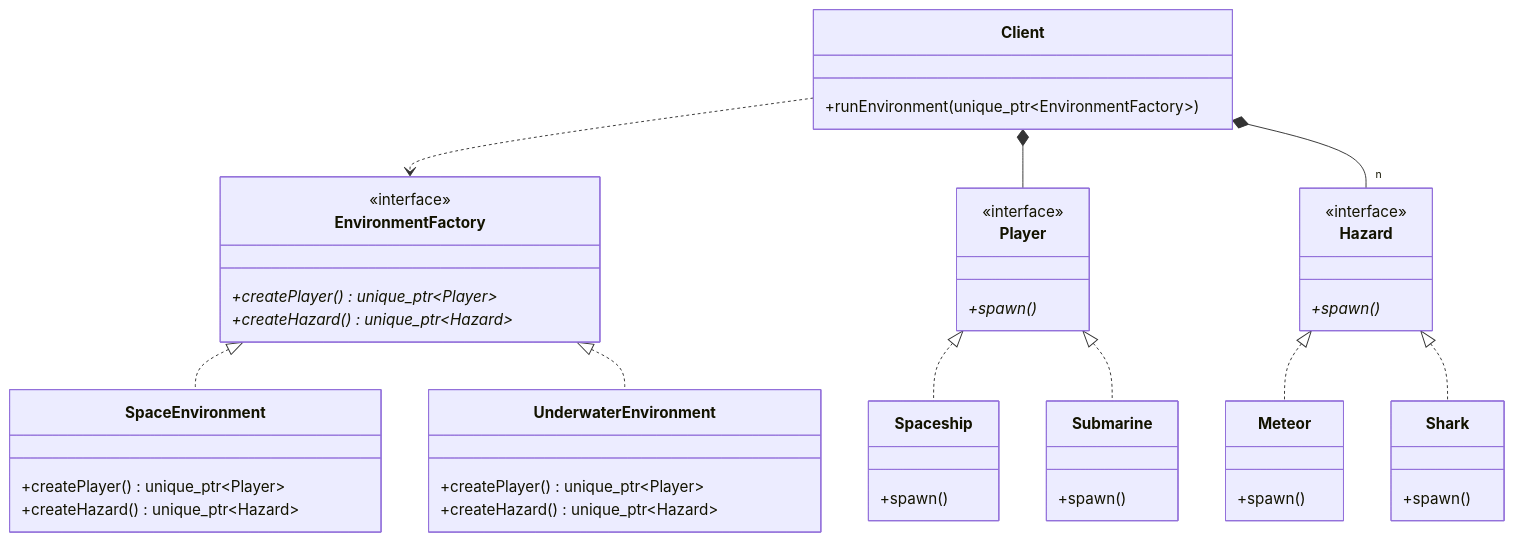
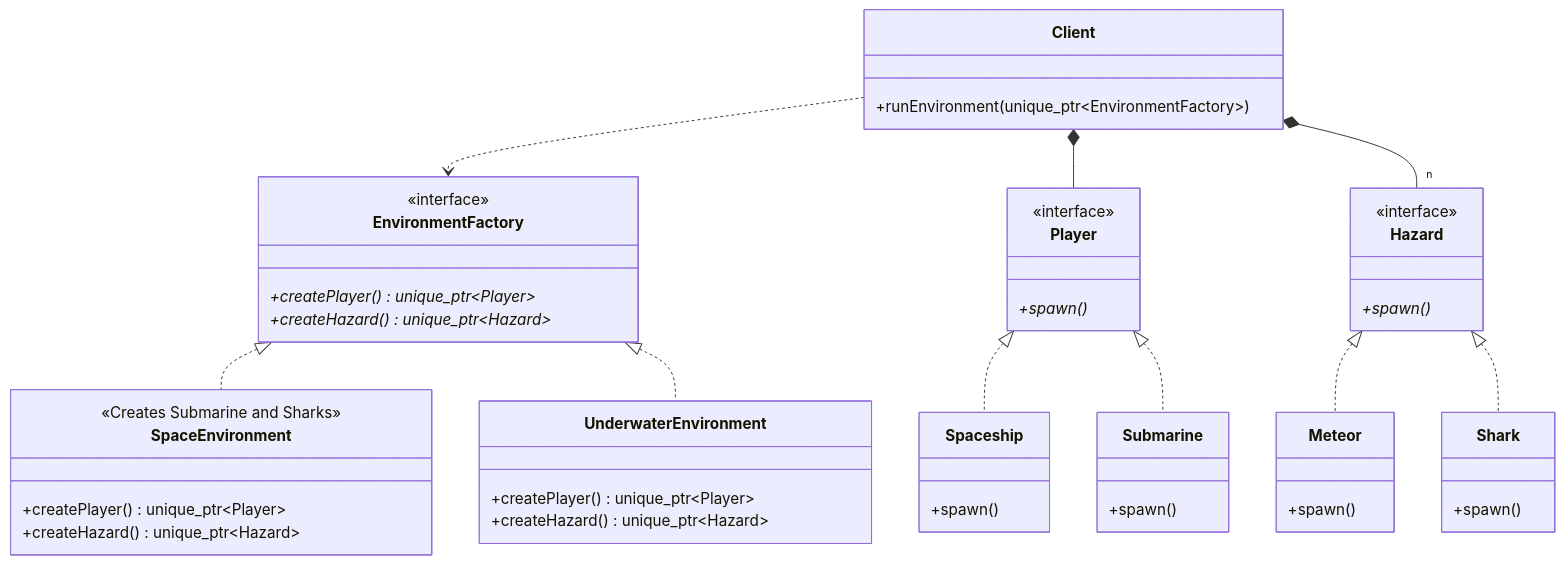
One commit to Cichlidfishexigency721/Modern-CPP-Design-Patterns changed the diagram in 03_AbstractFactoryMethod/README.md. Above: the diagram before and after it, drawn with Mermaid. The commit also changed 1 other file, not shown here.

Commit message:
UML improvement

````diff
--- a/03_AbstractFactoryMethod/README.md
+++ b/03_AbstractFactoryMethod/README.md
@@ -46,57 +46,58 @@
 ```mermaid
 classDiagram
     class Player {
         <<interface>>
         +spawn()*
     }
     class Hazard {
         <<interface>>
         +spawn()*
     }
 
     class Spaceship { +spawn() }
     class Meteor { +spawn() }
     class Submarine { +spawn() }
     class Shark { +spawn() }
 
     class EnvironmentFactory {
         <<interface>>
         +createPlayer()* unique_ptr~Player~
         +createHazard()* unique_ptr~Hazard~
     }
 
     class SpaceEnvironment {
+        <<Creates Submarine and Sharks>>
         +createPlayer() unique_ptr~Player~
         +createHazard() unique_ptr~Hazard~
     }
 
     class UnderwaterEnvironment {
         +createPlayer() unique_ptr~Player~
         +createHazard() unique_ptr~Hazard~
     }
 
     class Client {
         +runEnvironment(unique_ptr~EnvironmentFactory~)
     }
 
     %% Inheritance Relationships
     Player <|.. Spaceship
     Player <|.. Submarine
     Hazard <|.. Meteor
     Hazard <|.. Shark
 
     EnvironmentFactory <|.. SpaceEnvironment
     EnvironmentFactory <|.. UnderwaterEnvironment
 
     %% Creation Dependencies (The Families)
     %%SpaceEnvironment ..> Spaceship
     %%SpaceEnvironment ..> Meteor
     
     %%UnderwaterEnvironment ..> Submarine
     %%UnderwaterEnvironment ..> Shark
 
     %% Client interacting with abstractions
     Client ..> EnvironmentFactory
     Client *-- Player
     Client *-- "n" Hazard
 ```
````
